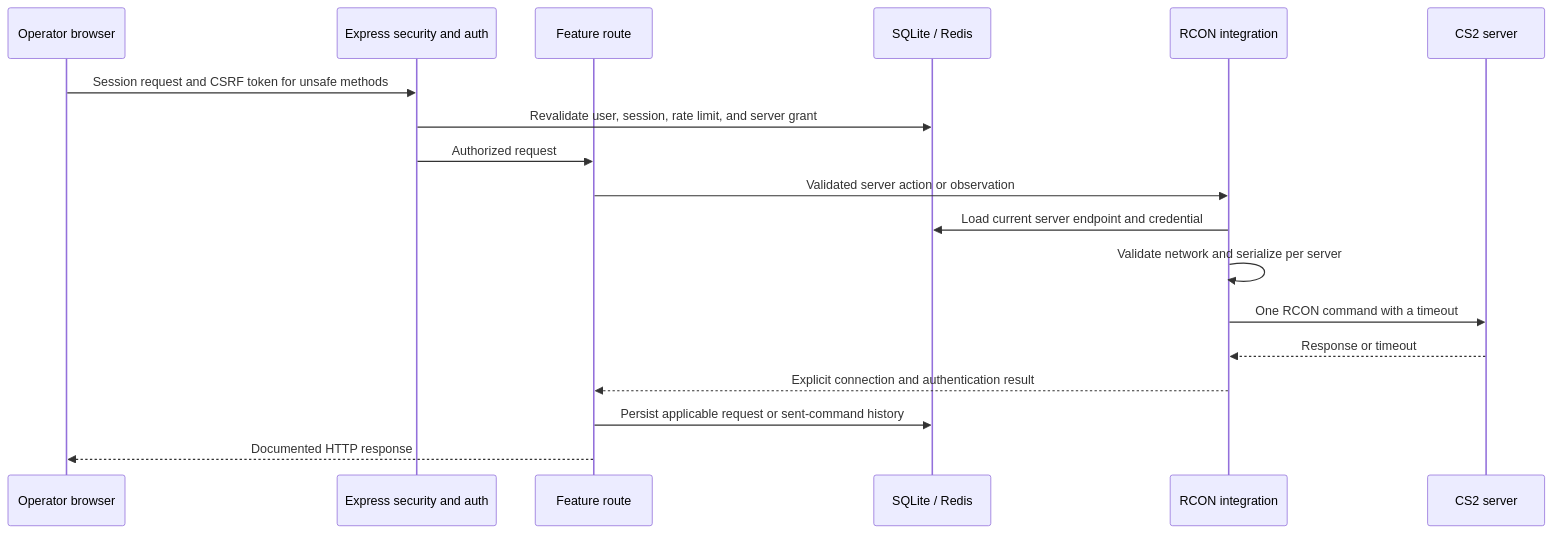
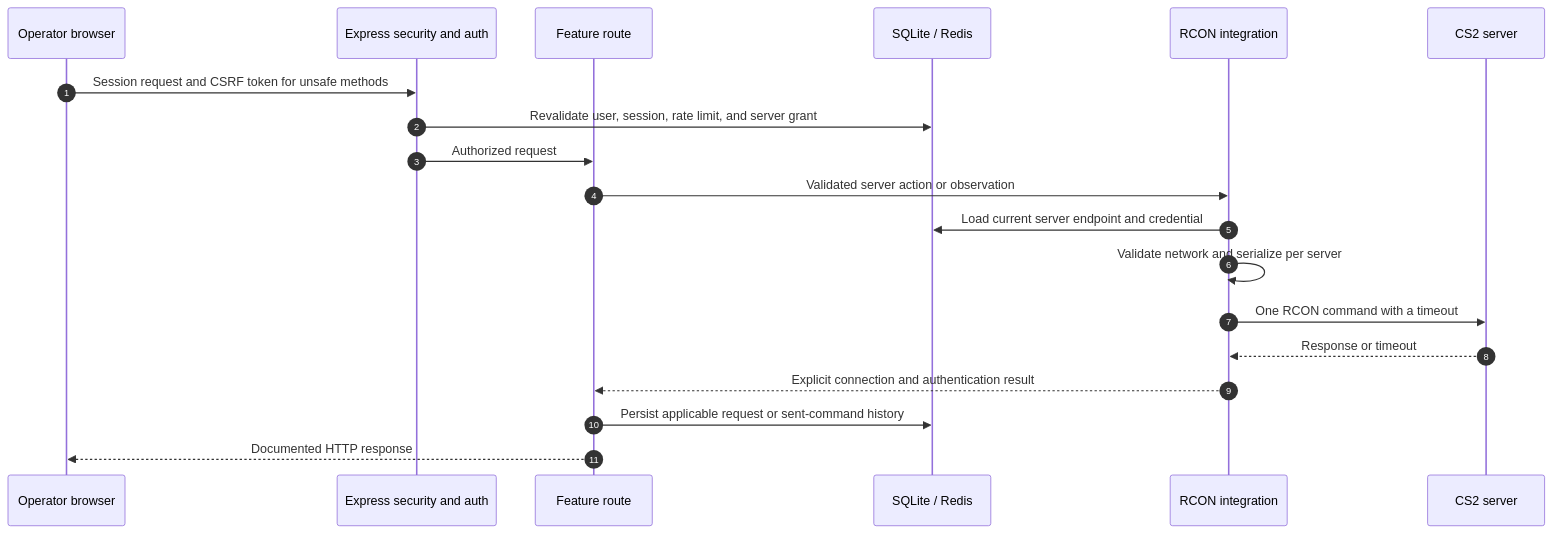
The third of 7 diagrams in docs/architecture.md (sebastianspicker/3rr-cs2), drawn with Mermaid before and after one commit. The commit also changed other lines of this file and 1 other file, not shown here.

First line of the commit message:
Document the setup journey, schema, updater run and release flow

````diff
--- a/docs/architecture.md
+++ b/docs/architecture.md
@@ -125,21 +128,22 @@
 ```mermaid
 sequenceDiagram
+    autonumber
     participant B as Operator browser
     participant E as Express security and auth
     participant F as Feature route
     participant D as SQLite / Redis
     participant R as RCON integration
     participant C as CS2 server
 
     B->>E: Session request and CSRF token for unsafe methods
     E->>D: Revalidate user, session, rate limit, and server grant
     E->>F: Authorized request
     F->>R: Validated server action or observation
     R->>D: Load current server endpoint and credential
     R->>R: Validate network and serialize per server
     R->>C: One RCON command with a timeout
     C-->>R: Response or timeout
     R-->>F: Explicit connection and authentication result
     F->>D: Persist applicable request or sent-command history
     F-->>B: Documented HTTP response
 ```
````
